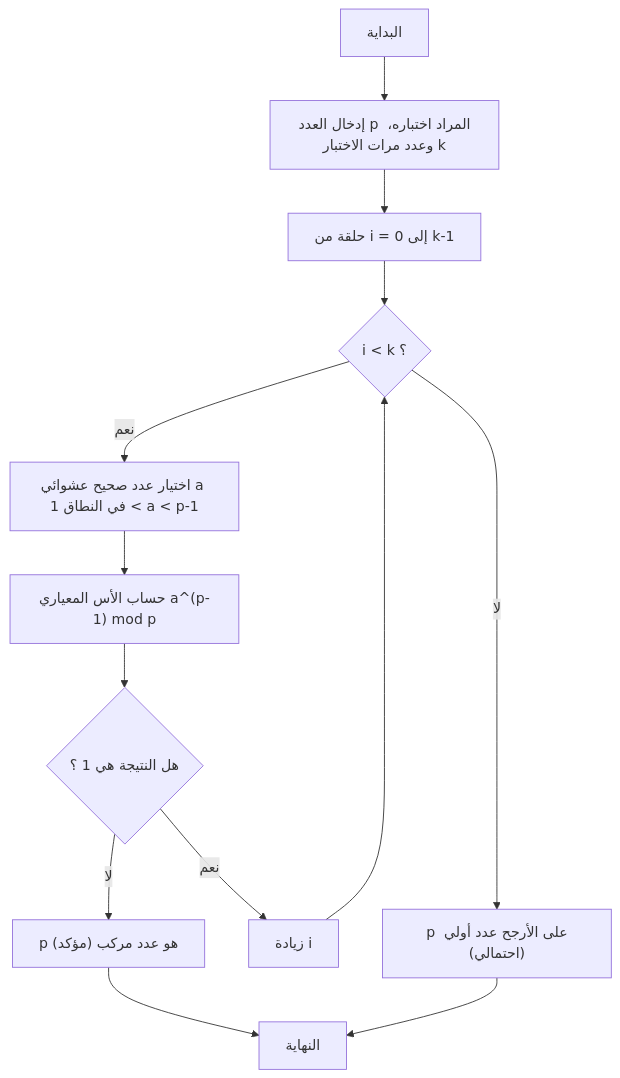
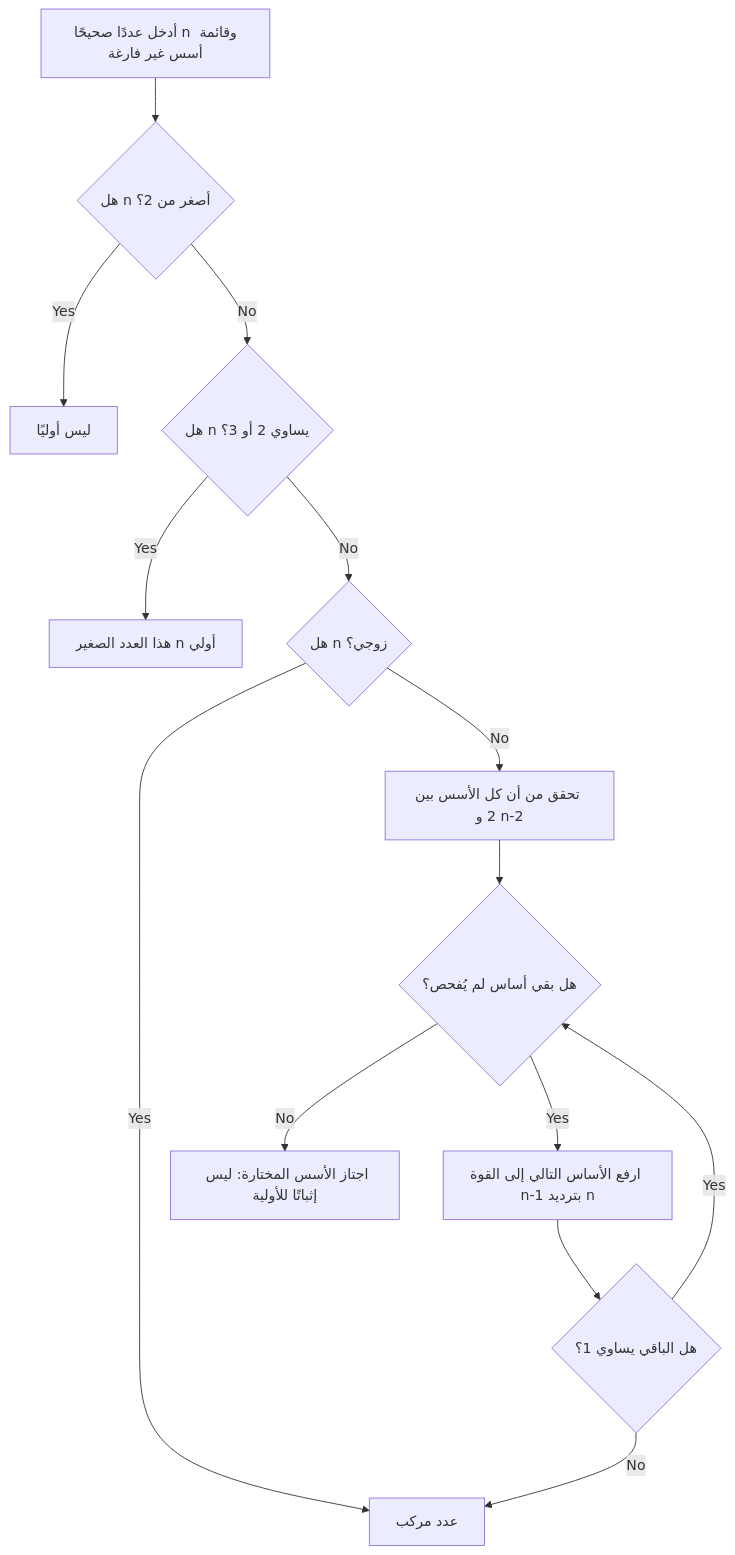
Before and after one commit to kenjinote/blog: the first of 2 diagrams in content/post/フェルマーの小定理と暗号化/index.ar.md, drawn with Mermaid. The commit also changed other lines of this file and 5 other files, not shown here.

````diff
--- a/content/post/フェルマーの小定理と暗号化/index.ar.md
+++ b/content/post/フェルマーの小定理と暗号化/index.ar.md
@@ -156,15 +70,16 @@
 ```mermaid
 flowchart TD
-    Start["البداية"] --> Input["إدخال العدد p المراد اختباره، وعدد مرات الاختبار k"]
-    Input --> LoopStart["حلقة من i = 0 إلى k-1"]
-    LoopStart --> Condition{"i < k ؟"}
-    Condition -- نعم --> RandomA["اختيار عدد صحيح عشوائي a في النطاق 1 < a < p-1"]
-    RandomA --> Calc["حساب الأس المعياري a^(p-1) mod p"]
-    Calc --> CheckPrime{"هل النتيجة هي 1 ؟"}
-    CheckPrime -- لا --> ReturnComposite["p هو عدد مركب (مؤكد)"]
-    CheckPrime -- نعم --> Increment["زيادة i"]
-    Increment --> Condition
-    Condition -- لا --> ReturnPrime["p على الأرجح عدد أولي (احتمالي)"]
-    ReturnComposite --> End["النهاية"]
-    ReturnPrime --> End
+    Input["أدخل عددًا صحيحًا n وقائمة أسس غير فارغة"] --> Small{"هل n أصغر من 2؟"}
+    Small -- Yes --> NotPrime["ليس أوليًا"]
+    Small -- No --> Tiny{"هل n يساوي 2 أو 3؟"}
+    Tiny -- Yes --> Known["هذا العدد الصغير n أولي"]
+    Tiny -- No --> Even{"هل n زوجي؟"}
+    Even -- Yes --> Composite["عدد مركب"]
+    Even -- No --> Validate["تحقق من أن كل الأسس بين 2 و n-2"]
+    Validate --> Next{"هل بقي أساس لم يُفحص؟"}
+    Next -- Yes --> Power["ارفع الأساس التالي إلى القوة n-1 بترديد n"]
+    Power --> Check{"هل الباقي يساوي 1؟"}
+    Check -- No --> Composite
+    Check -- Yes --> Next
+    Next -- No --> Pass["اجتاز الأسس المختارة: ليس إثباتًا للأولية"]
 ```
````
